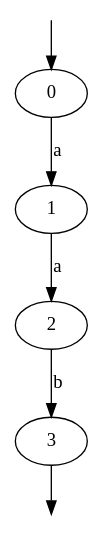
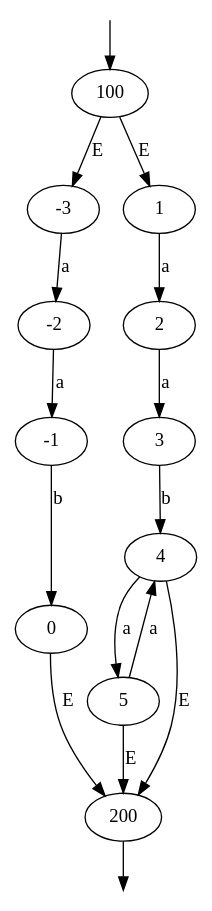
The diagram in src/resultat.dot (omarelhorre/automate), drawn with Graphviz before and after one commit. The commit also changed 4 other files, not shown here.

```diff
--- a/src/resultat.dot
+++ b/src/resultat.dot
@@ -1,9 +1,19 @@
 digraph G {
 init [shape=point shape=point style=filled, fillcolor=white color=white];
 fin [shape=point shape=point style=filled, fillcolor=white color=white];
-init -> 0;
-0 -> 1 [label="a"];
+init -> 100;
+-3 -> -2 [label="a"];
+-2 -> -1 [label="a"];
+-1 -> 0 [label="b"];
 1 -> 2 [label="a"];
-2 -> 3 [label="b"];
-3 -> fin;
+2 -> 3 [label="a"];
+3 -> 4 [label="b"];
+4 -> 5 [label="a"];
+5 -> 4 [label="a"];
+100 -> -3 [label="E"];
+100 -> 1 [label="E"];
+0 -> 200 [label="E"];
+5 -> 200 [label="E"];
+4 -> 200 [label="E"];
+200 -> fin;
 }
```
